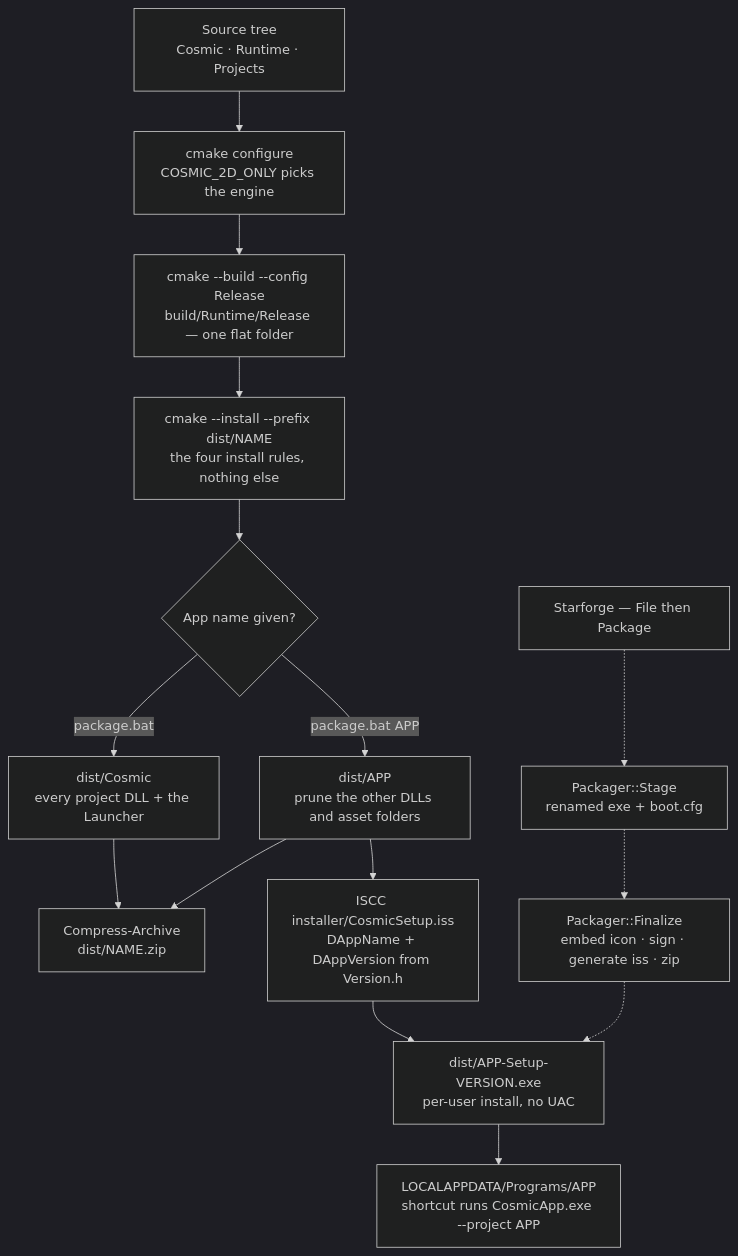
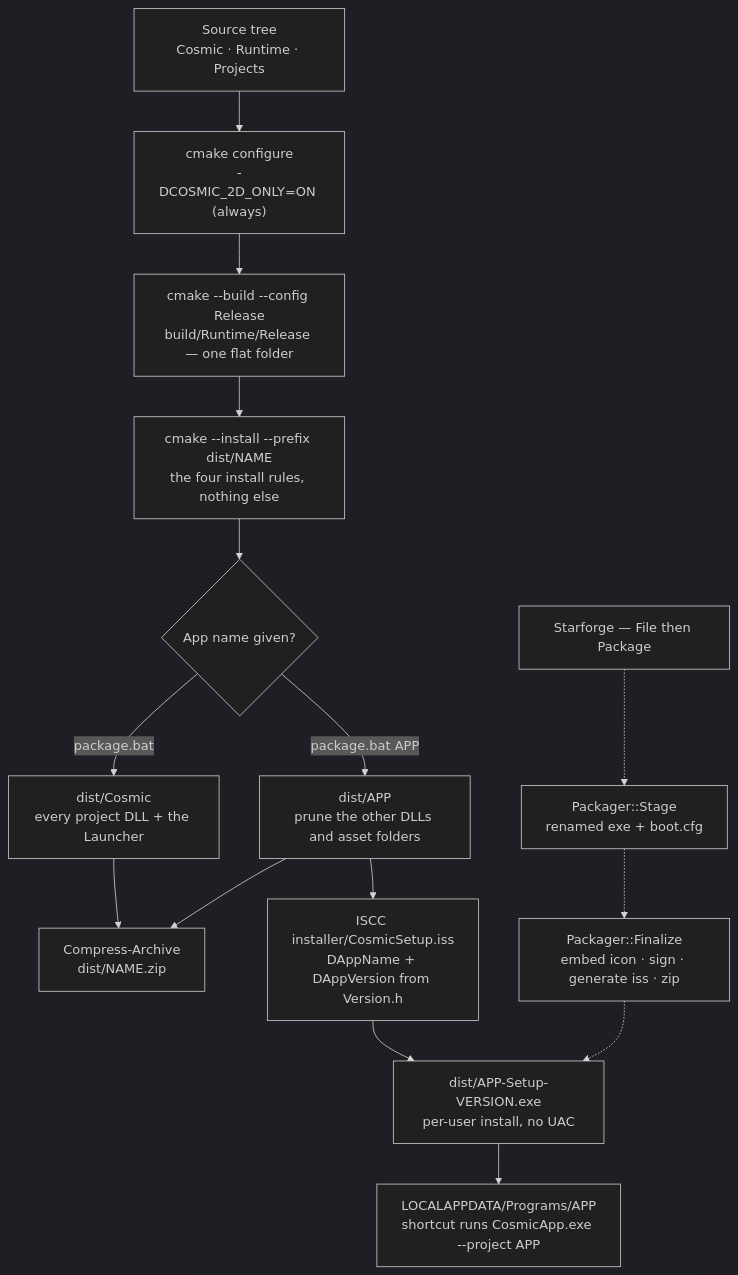
One commit to kdadabhoy/Cosmic changed the diagram in docs/guide/building-and-shipping.md. Above: the diagram before and after it, drawn with Mermaid (dark theme). The commit also changed other lines of this file and 11 other files, not shown here.

````diff
--- a/docs/guide/building-and-shipping.md
+++ b/docs/guide/building-and-shipping.md
@@ -57,18 +57,18 @@
 ```mermaid
 flowchart TD
-    SRC["Source tree<br/>Cosmic · Runtime · Projects"] --> CFG["cmake configure<br/>COSMIC_2D_ONLY picks the engine"]
+    SRC["Source tree<br/>Cosmic · Runtime · Projects"] --> CFG["cmake configure<br/>-DCOSMIC_2D_ONLY=ON (always)"]
     CFG --> BLD["cmake --build --config Release<br/>build/Runtime/Release — one flat folder"]
     BLD --> INST["cmake --install --prefix dist/NAME<br/>the four install rules, nothing else"]
     INST --> PRUNE{"App name given?"}
     PRUNE -->|"package.bat"| FULL["dist/Cosmic<br/>every project DLL + the Launcher"]
     PRUNE -->|"package.bat APP"| ONE["dist/APP<br/>prune the other DLLs and asset folders"]
     FULL --> ZIP["Compress-Archive<br/>dist/NAME.zip"]
     ONE --> ZIP
     ONE --> ISS["ISCC installer/CosmicSetup.iss<br/>DAppName + DAppVersion from Version.h"]
     ISS --> SETUP["dist/APP-Setup-VERSION.exe<br/>per-user install, no UAC"]
     SETUP --> MACHINE["LOCALAPPDATA/Programs/APP<br/>shortcut runs CosmicApp.exe --project APP"]
 
     STAR["Starforge — File then Package"] -.-> STAGE["Packager::Stage<br/>renamed exe + boot.cfg"]
     STAGE -.-> FIN["Packager::Finalize<br/>embed icon · sign · generate iss · zip"]
     FIN -.-> SETUP
 ```
````
